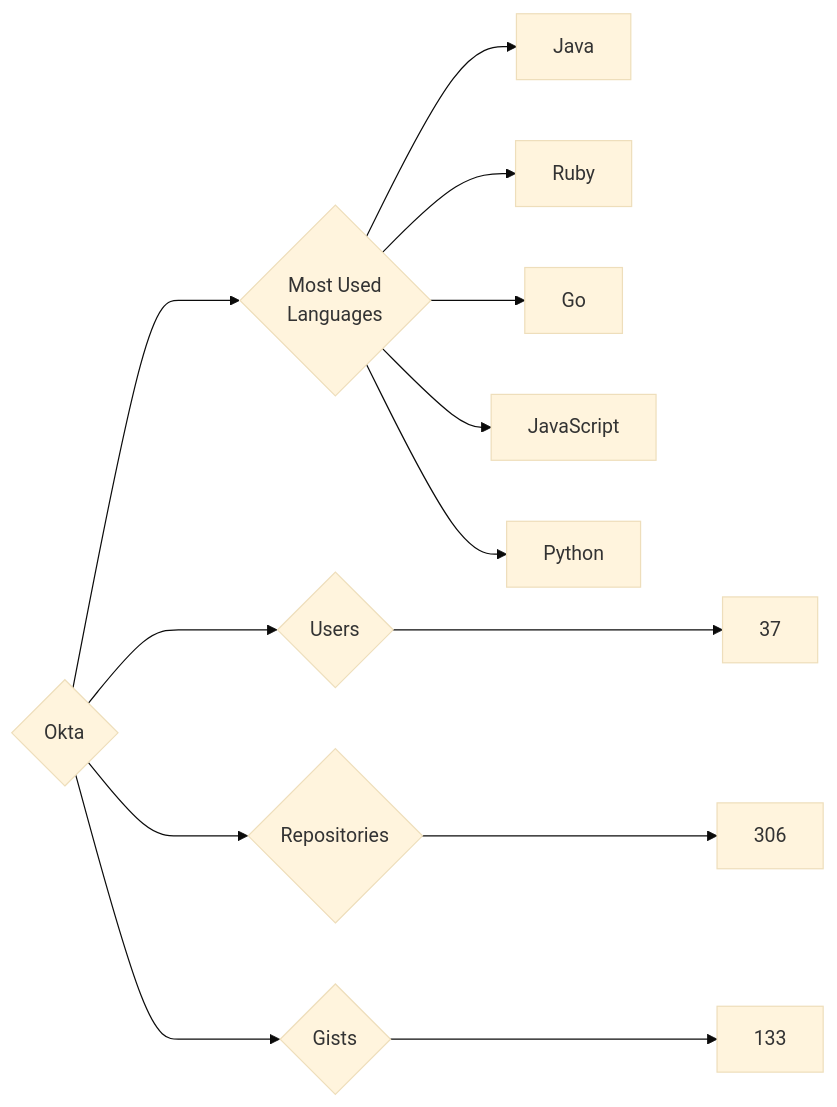
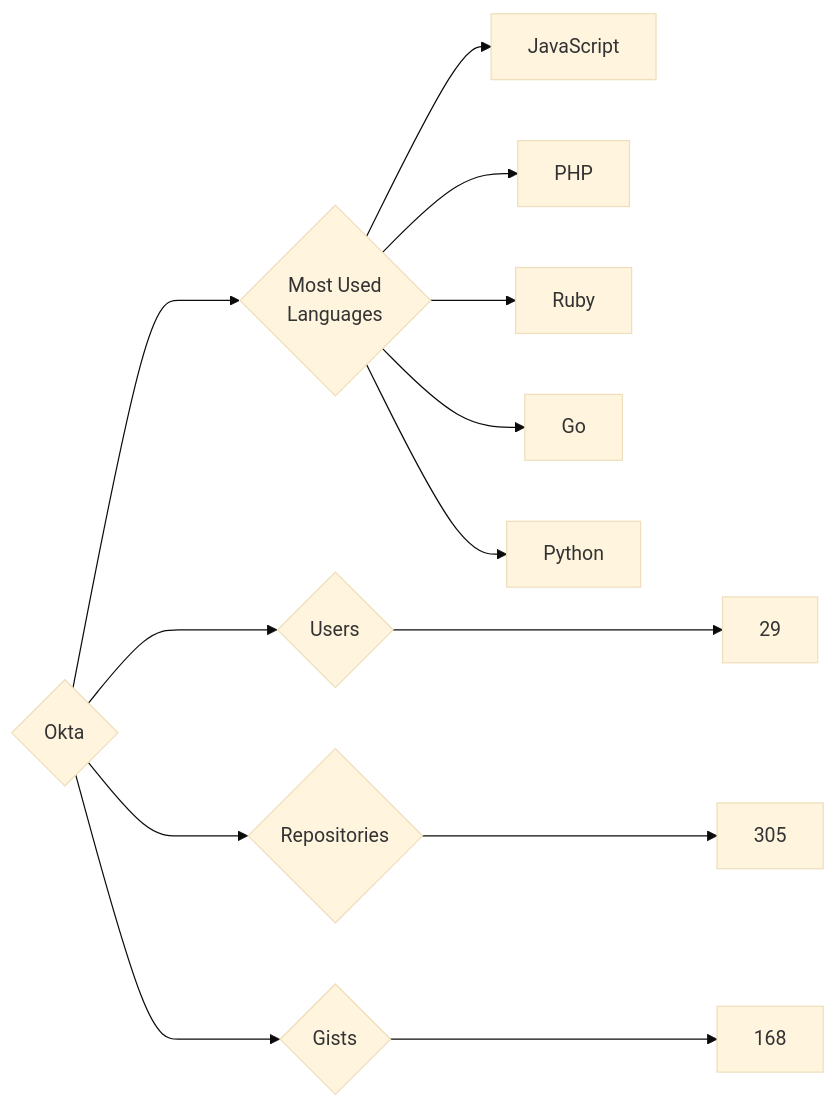
The diagram in targets/Okta/README.md (trickest/insiders), drawn with Mermaid (base theme) before and after one commit. The commit also changed 928 other files, not shown here.

````diff
--- a/targets/Okta/README.md
+++ b/targets/Okta/README.md
@@ -3,13 +3,13 @@
 ```mermaid
 graph LR
 COMPANY_NAME{Okta}
-COMPANY_NAME ---> U{Users} ---> UN[37]
-COMPANY_NAME ---> R{Repositories} ---> RN[306]
-COMPANY_NAME ---> G{Gists} ---> GN[133]
+COMPANY_NAME ---> U{Users} ---> UN[29]
+COMPANY_NAME ---> R{Repositories} ---> RN[305]
+COMPANY_NAME ---> G{Gists} ---> GN[168]
 COMPANY_NAME ---> ML{Most Used<br>Languages}
-ML --> Java[Java]
+ML --> JavaScript[JavaScript]
+ML --> PHP[PHP]
 ML --> Ruby[Ruby]
 ML --> Go[Go]
-ML --> JavaScript[JavaScript]
 ML --> Python[Python]
 ```
````
